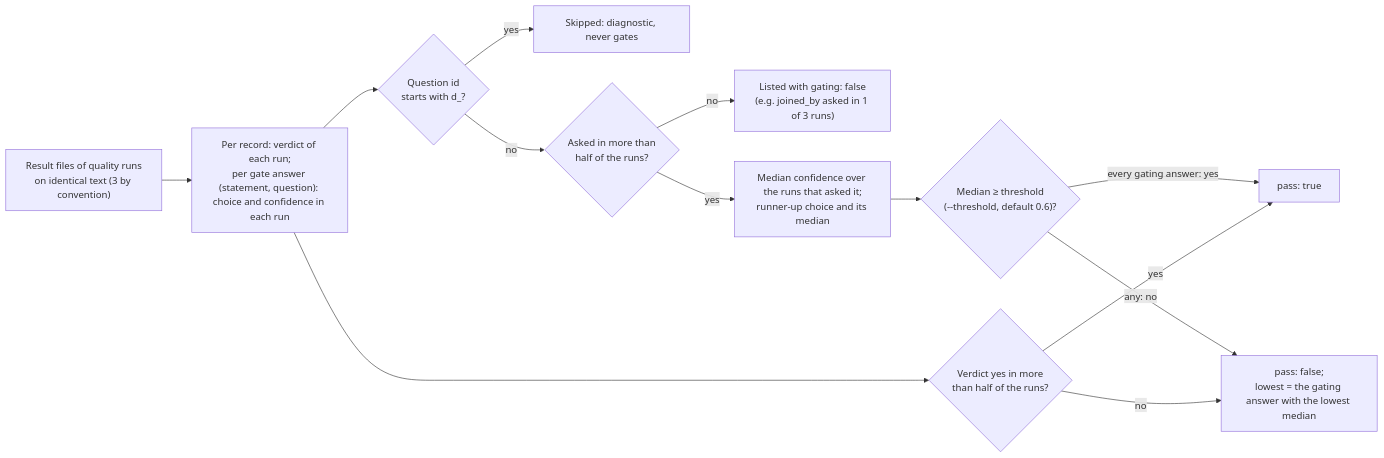
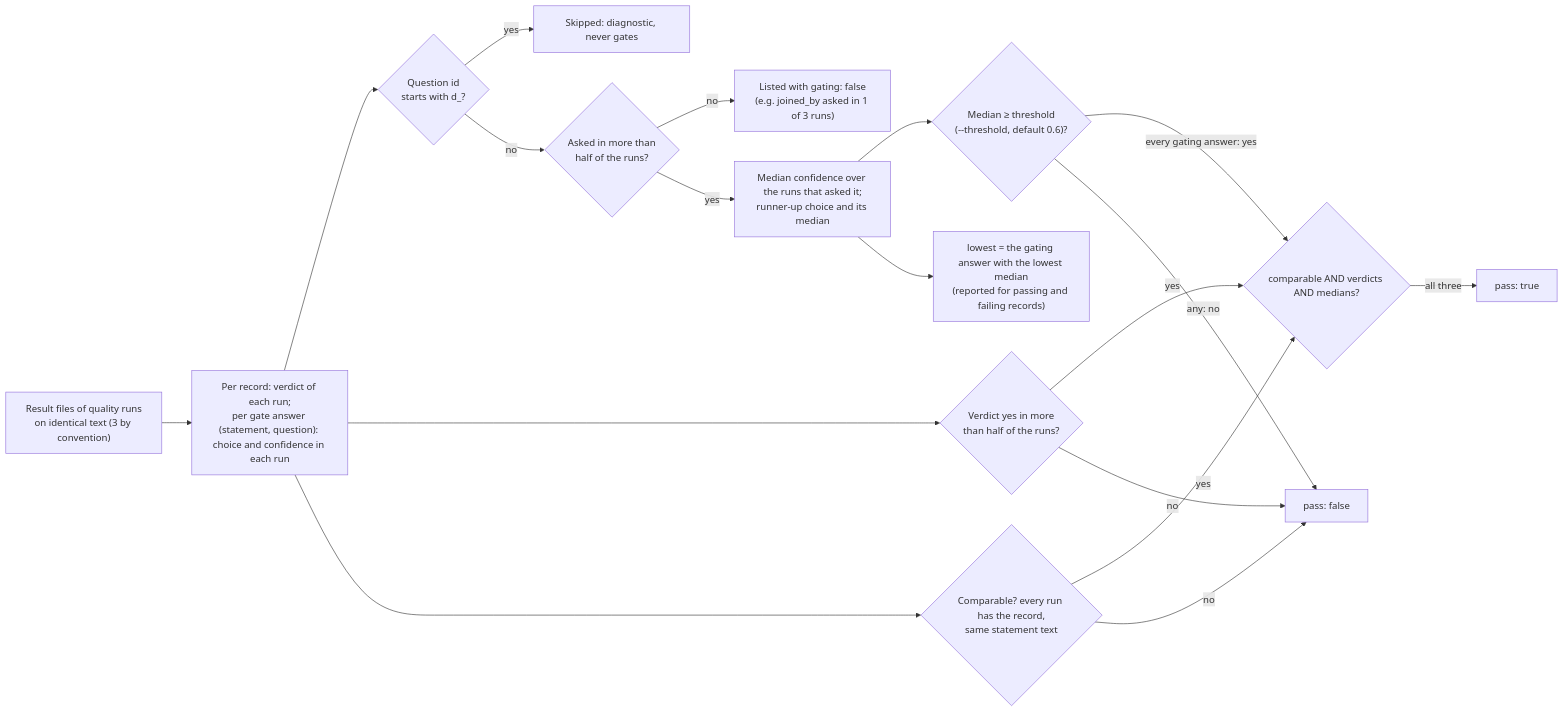
One commit to randlee/judge-jev changed the diagram in docs/diagrams/gate.md. Above: the diagram before and after it, drawn with Mermaid. The commit also changed 5 other files, not shown here.

First line of the commit message:
docs: diagrams follow the code per jj-quality review of #140

````diff
--- a/docs/diagrams/gate.md
+++ b/docs/diagrams/gate.md
@@ -5,15 +5,20 @@
 ```mermaid
 flowchart LR
     R["Result files of quality runs<br/>on identical text (3 by convention)"] --> A["Per record: verdict of each run;<br/>per gate answer (statement, question): choice and confidence in each run"]
     A --> D{"Question id<br/>starts with d_?"}
     D -- yes --> SK["Skipped: diagnostic, never gates"]
     D -- no --> AS{"Asked in more than<br/>half of the runs?"}
     AS -- no --> NG["Listed with gating: false<br/>(e.g. joined_by asked in 1 of 3 runs)"]
     AS -- yes --> M["Median confidence over the runs that asked it;<br/>runner-up choice and its median"]
     M --> T{"Median ≥ threshold<br/>(--threshold, default 0.6)?"}
     A --> V{"Verdict yes in more<br/>than half of the runs?"}
-    T -- "every gating answer: yes" --> P
-    V -- yes --> P["pass: true"]
-    T -- "any: no" --> F["pass: false;<br/>lowest = the gating answer with the lowest median"]
+    A --> C{"Comparable? every run has the record,<br/>same statement text"}
+    C -- yes --> AND
+    T -- "every gating answer: yes" --> AND{"comparable AND verdicts AND medians?"}
+    V -- yes --> AND
+    AND -- "all three" --> P["pass: true"]
+    C -- no --> F["pass: false"]
+    T -- "any: no" --> F
     V -- no --> F
+    M --> LO["lowest = the gating answer with the lowest median<br/>(reported for passing and failing records)"]
 ```
````
